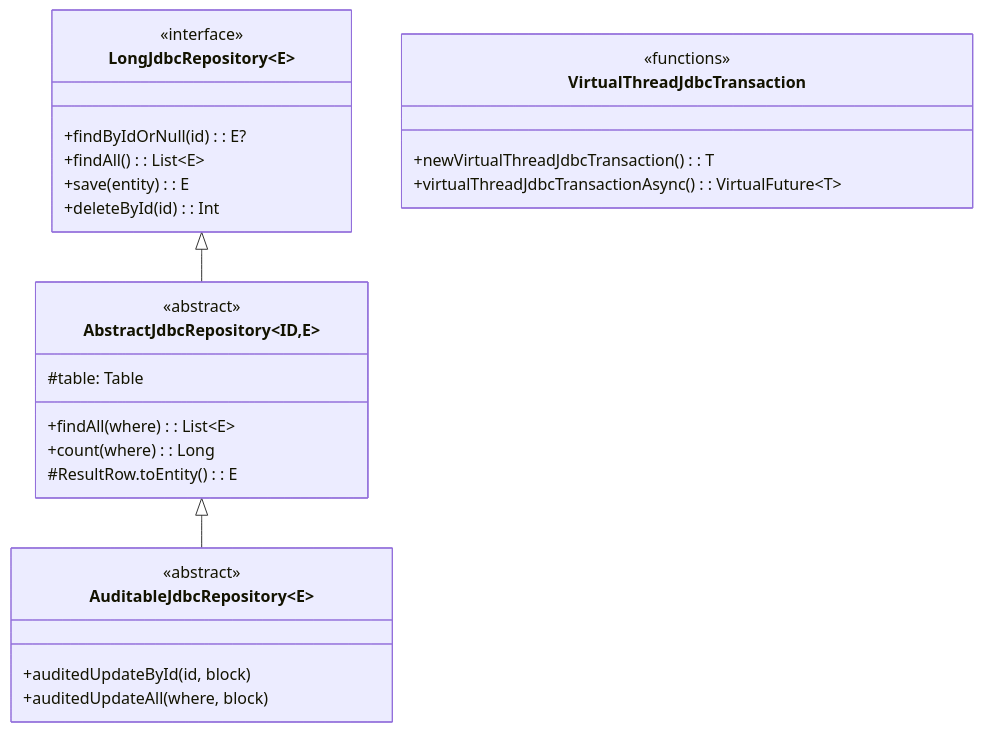
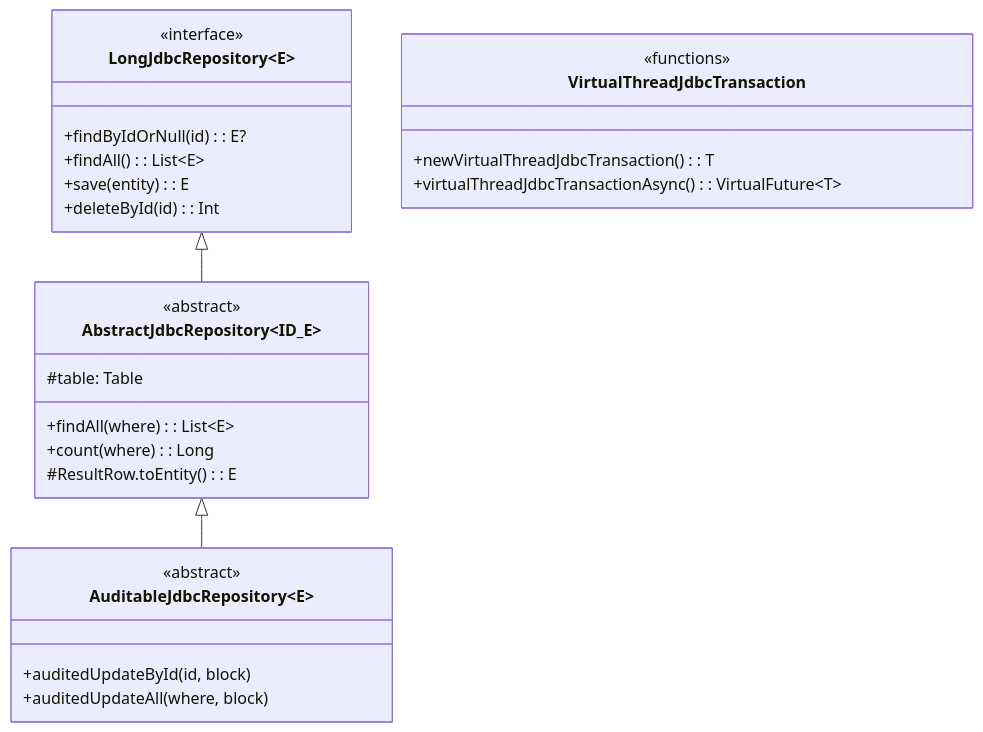
One commit to bluetape4k/bluetape4k-projects changed the first of 6 diagrams in data/exposed-jdbc/README.md. Above: the diagram before and after it, drawn with Mermaid. The commit also changed other lines of this file and 95 other files, not shown here.

First line of the commit message:
docs: Mermaid 파서 오류 전체 수정 (IntelliJ IDEA 호환)

````diff
--- a/data/exposed-jdbc/README.md
+++ b/data/exposed-jdbc/README.md
@@ -396,38 +396,32 @@
 ```mermaid
 classDiagram
     direction TB
     class LongJdbcRepository~E~ {
         <<interface>>
         +findByIdOrNull(id): E?
         +findAll(): List~E~
         +save(entity): E
         +deleteById(id): Int
     }
-    class AbstractJdbcRepository~ID,E~ {
+    class AbstractJdbcRepository~ID_E~ {
         <<abstract>>
         #table: Table
         +findAll(where): List~E~
         +count(where): Long
         #ResultRow.toEntity(): E
     }
     class AuditableJdbcRepository~E~ {
         <<abstract>>
         +auditedUpdateById(id, block)
         +auditedUpdateAll(where, block)
     }
     class VirtualThreadJdbcTransaction {
         <<functions>>
         +newVirtualThreadJdbcTransaction(): T
         +virtualThreadJdbcTransactionAsync(): VirtualFuture~T~
     }
 
     LongJdbcRepository <|-- AbstractJdbcRepository
     AbstractJdbcRepository <|-- AuditableJdbcRepository
 
-    classDef repoStyle fill:#2196F3
-    classDef serviceStyle fill:#4CAF50
-    class LongJdbcRepository:::repoStyle
-    class AbstractJdbcRepository:::repoStyle
-    class AuditableJdbcRepository:::repoStyle
-    class VirtualThreadJdbcTransaction:::serviceStyle
 ```
````
